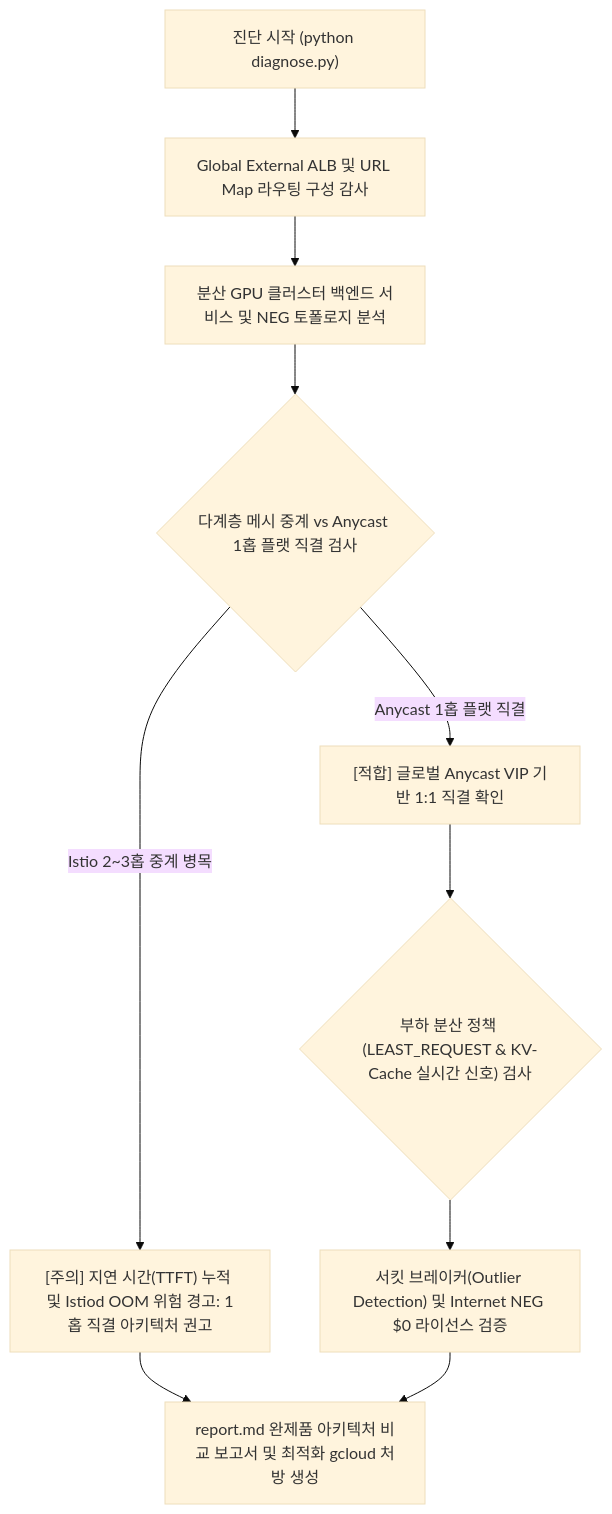
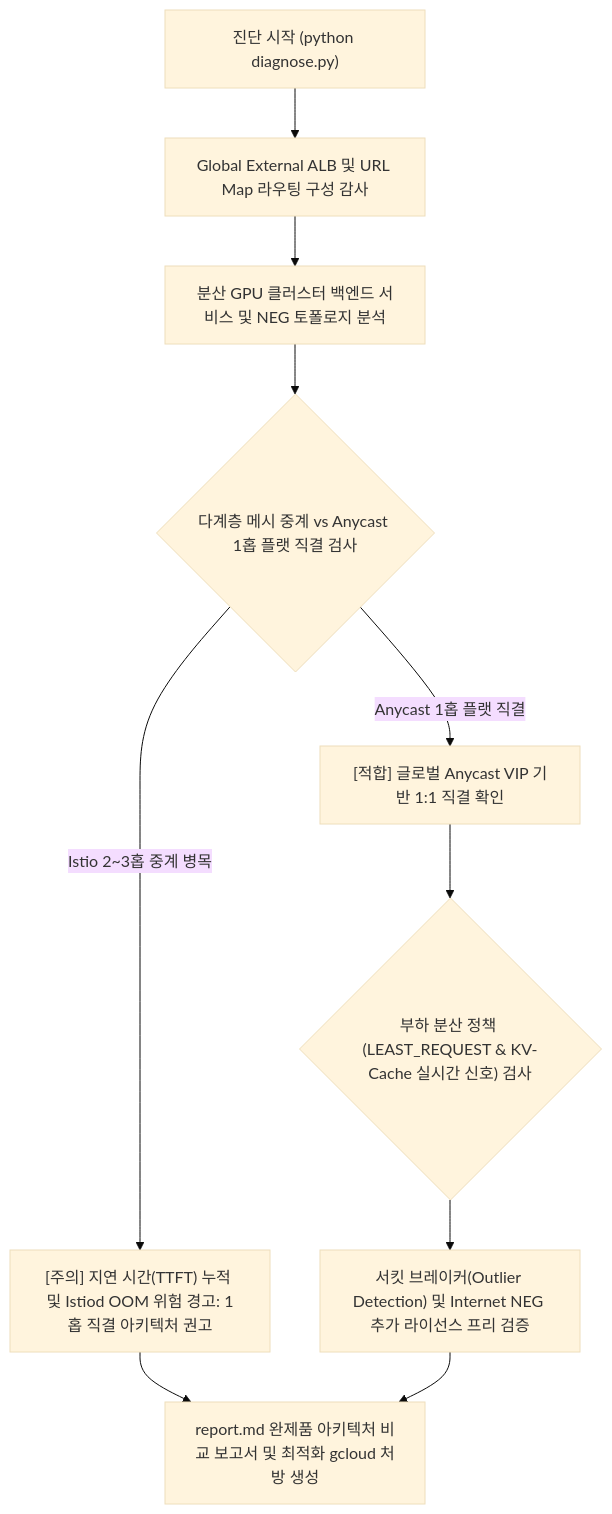
The diagram in samples/gke-multi-cluster-inference-gateway/README.md (jiangjun-forge/google-cloud-0-to-1), drawn with Mermaid (base theme) before and after one commit. The commit also changed other lines of this file and 7 other files, not shown here.

````diff
--- a/samples/gke-multi-cluster-inference-gateway/README.md
+++ b/samples/gke-multi-cluster-inference-gateway/README.md
@@ -39,12 +39,12 @@
 ```mermaid
 flowchart TD
     A["진단 시작 (python diagnose.py)"] --> B["Global External ALB 및 URL Map 라우팅 구성 감사"]
     B --> C["분산 GPU 클러스터 백엔드 서비스 및 NEG 토폴로지 분석"]
     C --> D{"다계층 메시 중계 vs Anycast 1홉 플랫 직결 검사"}
     D -->|"Istio 2~3홉 중계 병목"| E["[주의] 지연 시간(TTFT) 누적 및 Istiod OOM 위험 경고: 1홉 직결 아키텍처 권고"]
     D -->|"Anycast 1홉 플랫 직결"| F["[적합] 글로벌 Anycast VIP 기반 1:1 직결 확인"]
     F --> G{"부하 분산 정책 (LEAST_REQUEST & KV-Cache 실시간 신호) 검사"}
-    G --> H["서킷 브레이커(Outlier Detection) 및 Internet NEG $0 라이선스 검증"]
+    G --> H["서킷 브레이커(Outlier Detection) 및 Internet NEG 추가 라이선스 프리 검증"]
     E --> I["report.md 완제품 아키텍처 비교 보고서 및 최적화 gcloud 처방 생성"]
     H --> I
 ```
````
